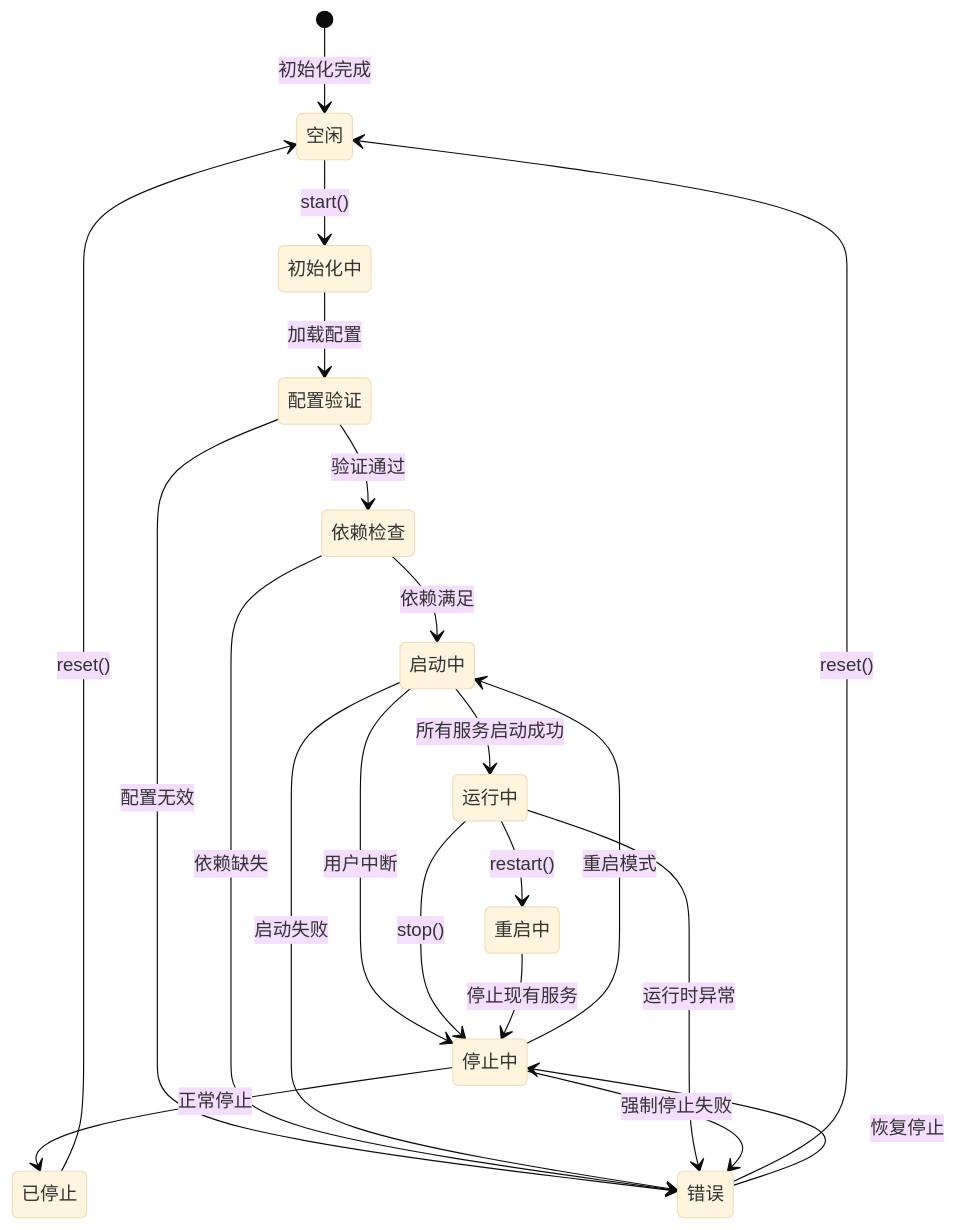
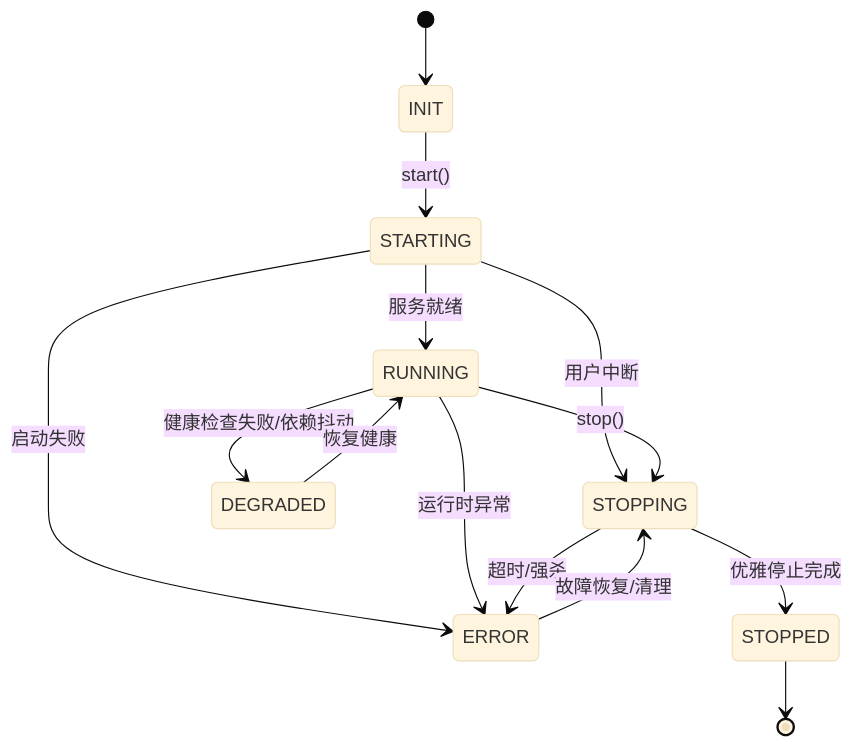
Before and after one commit to zhiyue/infinite-scribe: the diagram in .tasks/unified-backend-launcher/design-lld.md, drawn with Mermaid (base theme). The commit also changed other lines of this file and 1 other file, not shown here.

````diff
--- a/.tasks/unified-backend-launcher/design-lld.md
+++ b/.tasks/unified-backend-launcher/design-lld.md
@@ -98,28 +106,19 @@
 ```mermaid
 stateDiagram-v2
-    [*] --> 空闲: 初始化完成
-    空闲 --> 初始化中: start()
-    初始化中 --> 配置验证: 加载配置
-    配置验证 --> 依赖检查: 验证通过
-    配置验证 --> 错误: 配置无效
-    
-    依赖检查 --> 启动中: 依赖满足
-    依赖检查 --> 错误: 依赖缺失
-    
-    启动中 --> 运行中: 所有服务启动成功
-    启动中 --> 错误: 启动失败
-    启动中 --> 停止中: 用户中断
-    
-    运行中 --> 停止中: stop()
-    运行中 --> 重启中: restart()
-    运行中 --> 错误: 运行时异常
-    
-    重启中 --> 停止中: 停止现有服务
-    停止中 --> 启动中: 重启模式
-    停止中 --> 已停止: 正常停止
-    停止中 --> 错误: 强制停止失败
-    
-    已停止 --> 空闲: reset()
-    错误 --> 空闲: reset()
-    错误 --> 停止中: 恢复停止
+    [*] --> INIT
+    INIT --> STARTING: start()
+    STARTING --> RUNNING: 服务就绪
+    STARTING --> ERROR: 启动失败
+    STARTING --> STOPPING: 用户中断
+
+    RUNNING --> DEGRADED: 健康检查失败/依赖抖动
+    DEGRADED --> RUNNING: 恢复健康
+    RUNNING --> STOPPING: stop()
+    RUNNING --> ERROR: 运行时异常
+
+    STOPPING --> STOPPED: 优雅停止完成
+    STOPPING --> ERROR: 超时/强杀
+
+    ERROR --> STOPPING: 故障恢复/清理
+    STOPPED --> [*]
 ```
````
